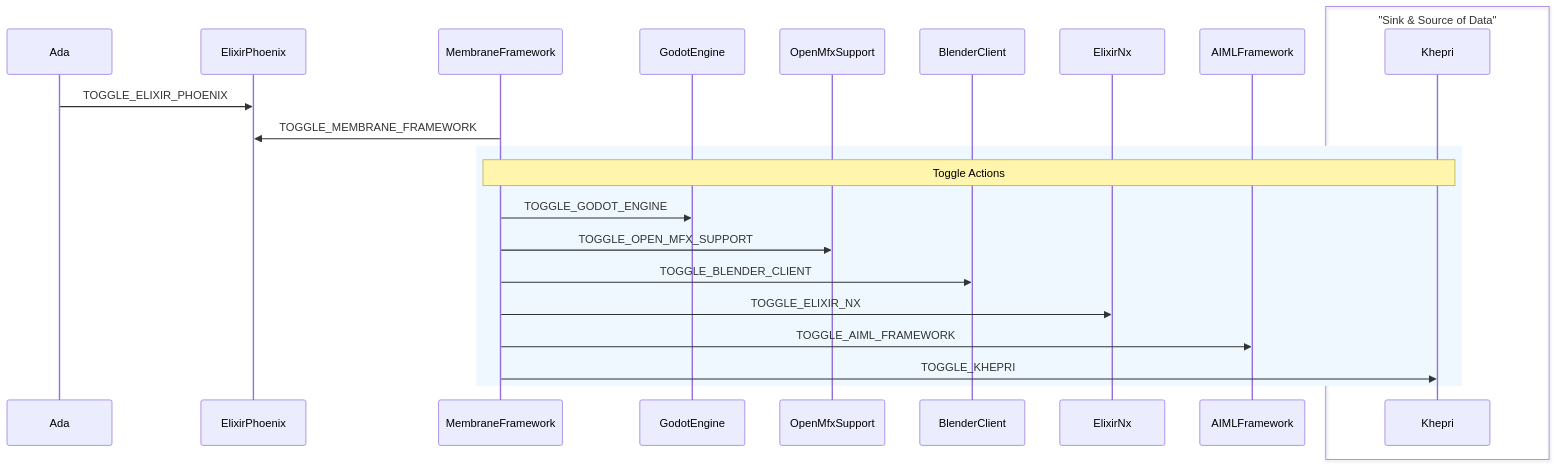
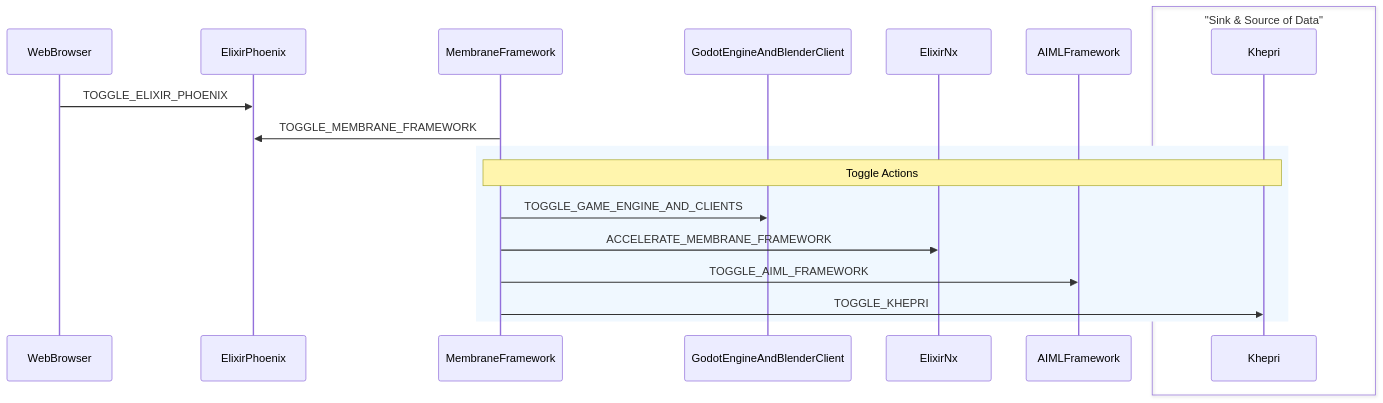
One commit to V-Sekai/manuals changed the diagram in decisions/20230618-membrane-framework-for-mesh-processing.md. Above: the diagram before and after it, drawn with Mermaid.

Commit message:
Reduce diagram.

````diff
--- a/decisions/20230618-membrane-framework-for-mesh-processing.md
+++ b/decisions/20230618-membrane-framework-for-mesh-processing.md
@@ -21,29 +21,25 @@
 ```mermaid
 sequenceDiagram
-  participant Ada
+  participant WebBrowser
   participant ElixirPhoenix
   participant MembraneFramework
-  participant GodotEngine
-  participant OpenMfxSupport
-  participant BlenderClient
+  participant GodotEngineAndBlenderClient
   participant ElixirNx
   participant AIMLFramework
   participant Khepri
 
-  Ada->>ElixirPhoenix: TOGGLE_ELIXIR_PHOENIX
+  WebBrowser->>ElixirPhoenix: TOGGLE_ELIXIR_PHOENIX
   MembraneFramework->>ElixirPhoenix: TOGGLE_MEMBRANE_FRAMEWORK
 
   rect rgb(240, 248, 255)
     note over MembraneFramework, Khepri: Toggle Actions
-    MembraneFramework->>GodotEngine: TOGGLE_GODOT_ENGINE
-    MembraneFramework->>OpenMfxSupport: TOGGLE_OPEN_MFX_SUPPORT
-    MembraneFramework->>BlenderClient: TOGGLE_BLENDER_CLIENT
-    MembraneFramework->>ElixirNx: TOGGLE_ELIXIR_NX
+    MembraneFramework->>GodotEngineAndBlenderClient: TOGGLE_GAME_ENGINE_AND_CLIENTS
+    MembraneFramework->>ElixirNx: ACCELERATE_MEMBRANE_FRAMEWORK
     MembraneFramework->>AIMLFramework: TOGGLE_AIML_FRAMEWORK
     MembraneFramework->>Khepri: TOGGLE_KHEPRI
   end
 
   box "Sink & Source of Data" #FFCCCC
     participant Khepri
   end
 ```
````
